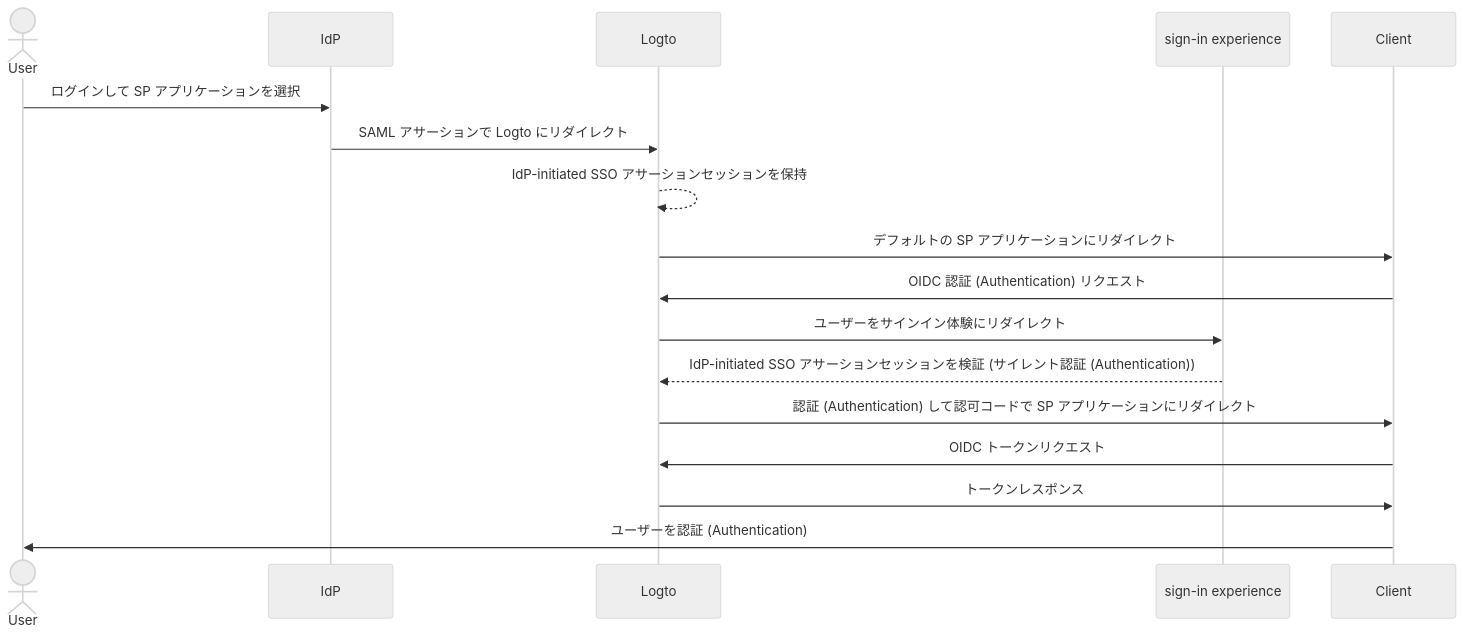
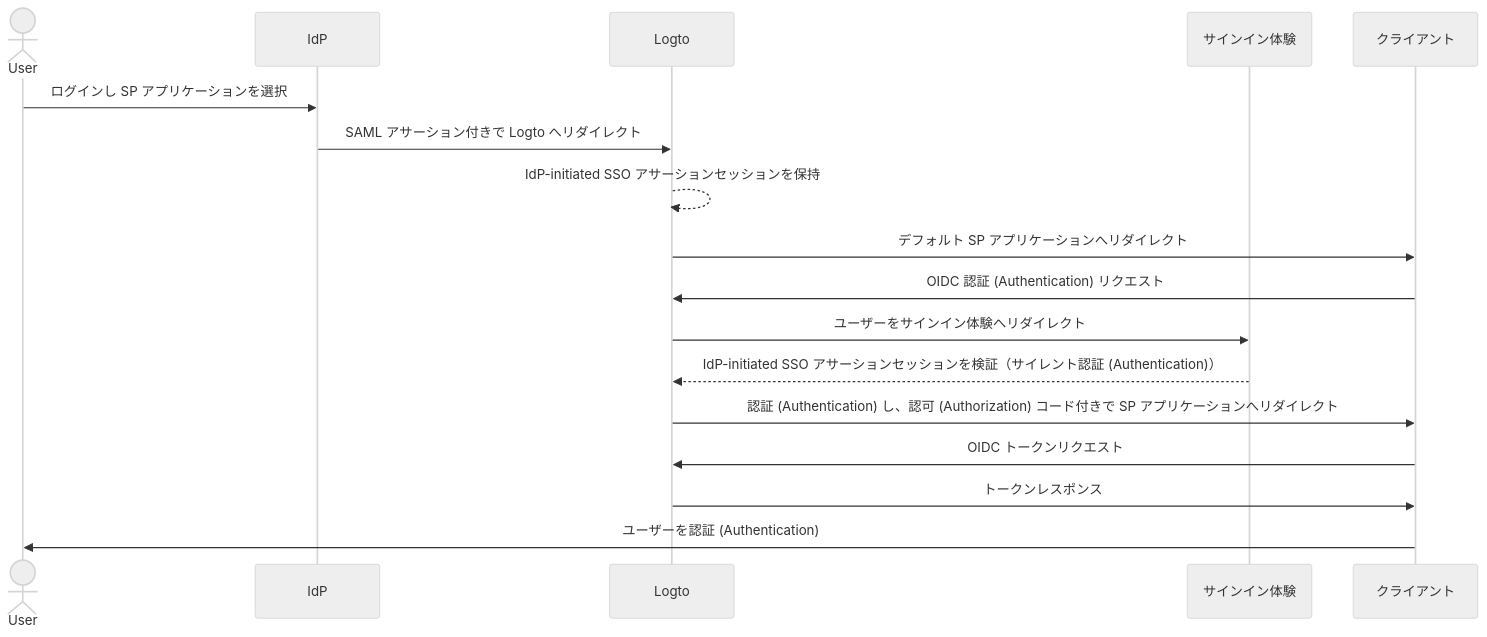
The first of 2 diagrams in i18n/ja/docusaurus-plugin-content-docs/current/end-user-flows/enterprise-sso/idp-initiated-sso.mdx (logto-io/docs), drawn with Mermaid (neutral theme) before and after one commit. The commit also changed other lines of this file and 666 other files, not shown here.

````diff
--- a/i18n/ja/docusaurus-plugin-content-docs/current/end-user-flows/enterprise-sso/idp-initiated-sso.mdx
+++ b/i18n/ja/docusaurus-plugin-content-docs/current/end-user-flows/enterprise-sso/idp-initiated-sso.mdx
@@ -60,20 +62,20 @@
 ```mermaid
 sequenceDiagram
     actor User
     participant IdP as IdP
     participant Logto as Logto
-    participant Experience as sign-in experience
-    participant SP as Client
+    participant Experience as サインイン体験
+    participant SP as クライアント
 
-    User->>IdP: ログインして SP アプリケーションを選択
-    IdP->>Logto: SAML アサーションで Logto にリダイレクト
+    User->>IdP: ログインし SP アプリケーションを選択
+    IdP->>Logto: SAML アサーション付きで Logto へリダイレクト
     Logto-->>Logto: IdP-initiated SSO アサーションセッションを保持
-    Logto->>SP: デフォルトの SP アプリケーションにリダイレクト
+    Logto->>SP: デフォルト SP アプリケーションへリダイレクト
     SP->>Logto: OIDC 認証 (Authentication) リクエスト
-    Logto->>Experience: ユーザーをサインイン体験にリダイレクト
-    Experience-->>Logto: IdP-initiated SSO アサーションセッションを検証 (サイレント認証 (Authentication))
-    Logto->>SP: 認証 (Authentication) して認可コードで SP アプリケーションにリダイレクト
+    Logto->>Experience: ユーザーをサインイン体験へリダイレクト
+    Experience-->>Logto: IdP-initiated SSO アサーションセッションを検証（サイレント認証 (Authentication)）
+    Logto->>SP: 認証 (Authentication) し、認可 (Authorization) コード付きで SP アプリケーションへリダイレクト
     SP->>Logto: OIDC トークンリクエスト
     Logto->>SP: トークンレスポンス
     SP->>User: ユーザーを認証 (Authentication)
 ```
````
